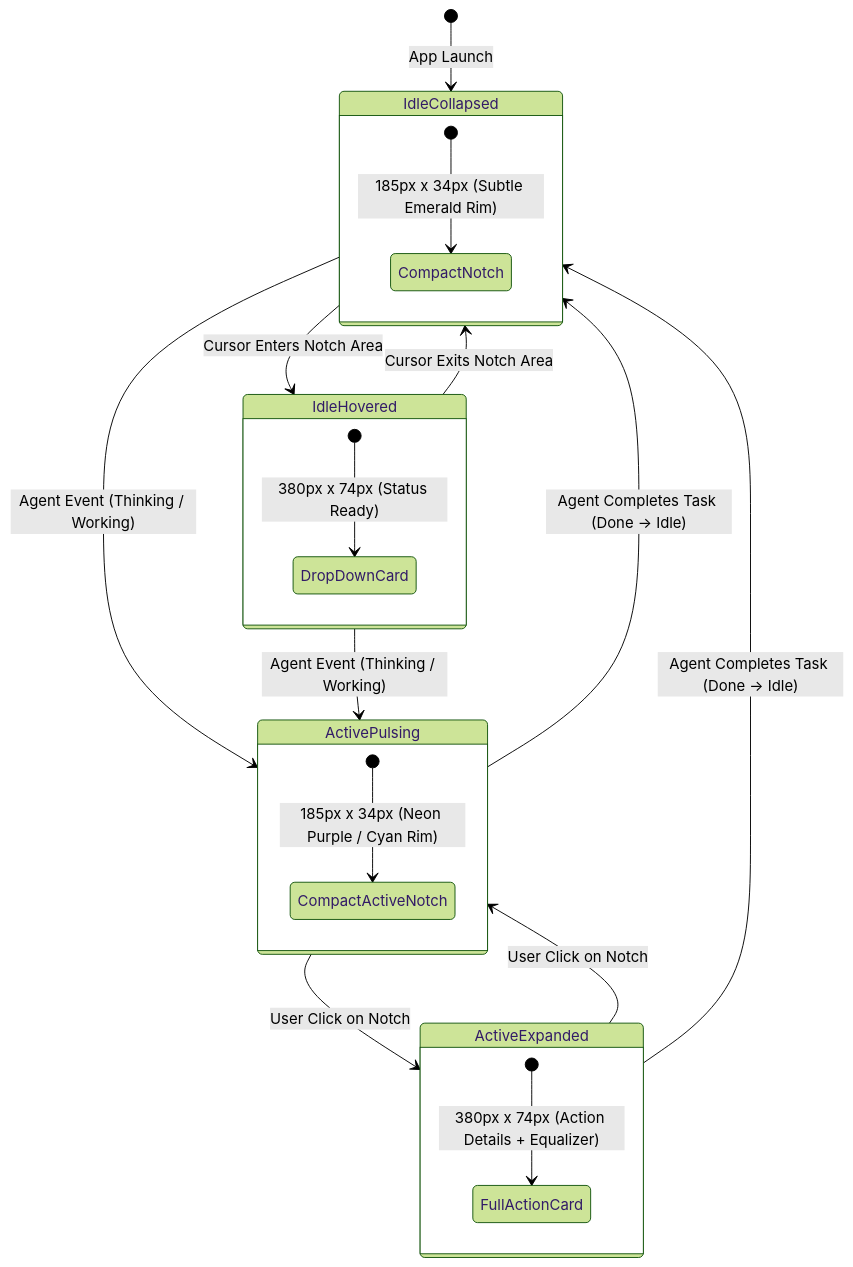
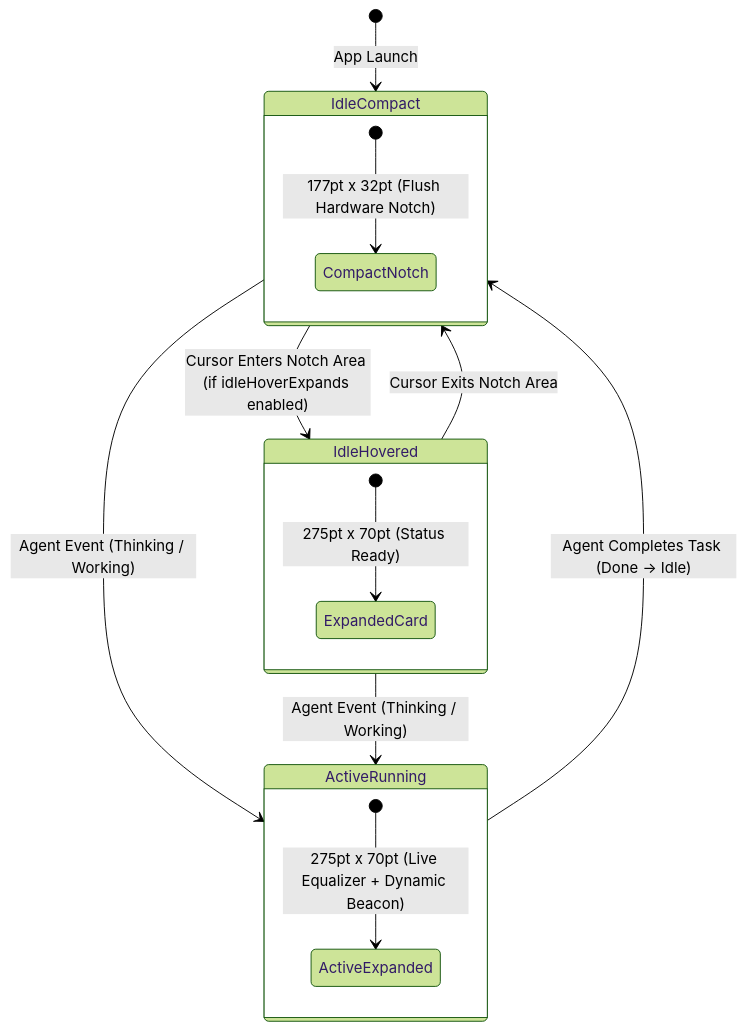
Before and after one commit to fiko942/antigravity-hud: the diagram in docs/ARCHITECTURE.md, drawn with Mermaid (forest theme). The commit also changed other lines of this file and 14 other files, not shown here.

````diff
--- a/docs/ARCHITECTURE.md
+++ b/docs/ARCHITECTURE.md
@@ -32,32 +32,24 @@
 ```mermaid
 stateDiagram-v2
-    [*] --> IdleCollapsed: App Launch
+    [*] --> IdleCompact: App Launch
 
-    state IdleCollapsed {
-        [*] --> CompactNotch: 185px x 34px (Subtle Emerald Rim)
+    state IdleCompact {
+        [*] --> CompactNotch: 177pt x 32pt (Flush Hardware Notch)
     }
 
     state IdleHovered {
-        [*] --> DropDownCard: 380px x 74px (Status Ready)
+        [*] --> ExpandedCard: 275pt x 70pt (Status Ready)
     }
 
-    state ActivePulsing {
-        [*] --> CompactActiveNotch: 185px x 34px (Neon Purple / Cyan Rim)
+    state ActiveRunning {
+        [*] --> ActiveExpanded: 275pt x 70pt (Live Equalizer + Dynamic Beacon)
     }
 
-    state ActiveExpanded {
-        [*] --> FullActionCard: 380px x 74px (Action Details + Equalizer)
-    }
+    IdleCompact --> IdleHovered: Cursor Enters Notch Area (if idleHoverExpands enabled)
+    IdleHovered --> IdleCompact: Cursor Exits Notch Area
 
-    IdleCollapsed --> IdleHovered: Cursor Enters Notch Area
-    IdleHovered --> IdleCollapsed: Cursor Exits Notch Area
+    IdleCompact --> ActiveRunning: Agent Event (Thinking / Working)
+    IdleHovered --> ActiveRunning: Agent Event (Thinking / Working)
 
-    IdleCollapsed --> ActivePulsing: Agent Event (Thinking / Working)
-    IdleHovered --> ActivePulsing: Agent Event (Thinking / Working)
-
-    ActivePulsing --> ActiveExpanded: User Click on Notch
-    ActiveExpanded --> ActivePulsing: User Click on Notch
-
-    ActivePulsing --> IdleCollapsed: Agent Completes Task (Done -> Idle)
-    ActiveExpanded --> IdleCollapsed: Agent Completes Task (Done -> Idle)
+    ActiveRunning --> IdleCompact: Agent Completes Task (Done -> Idle)
 ```
````
